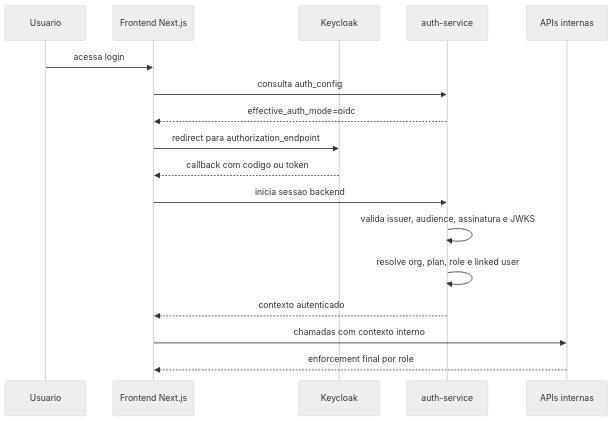
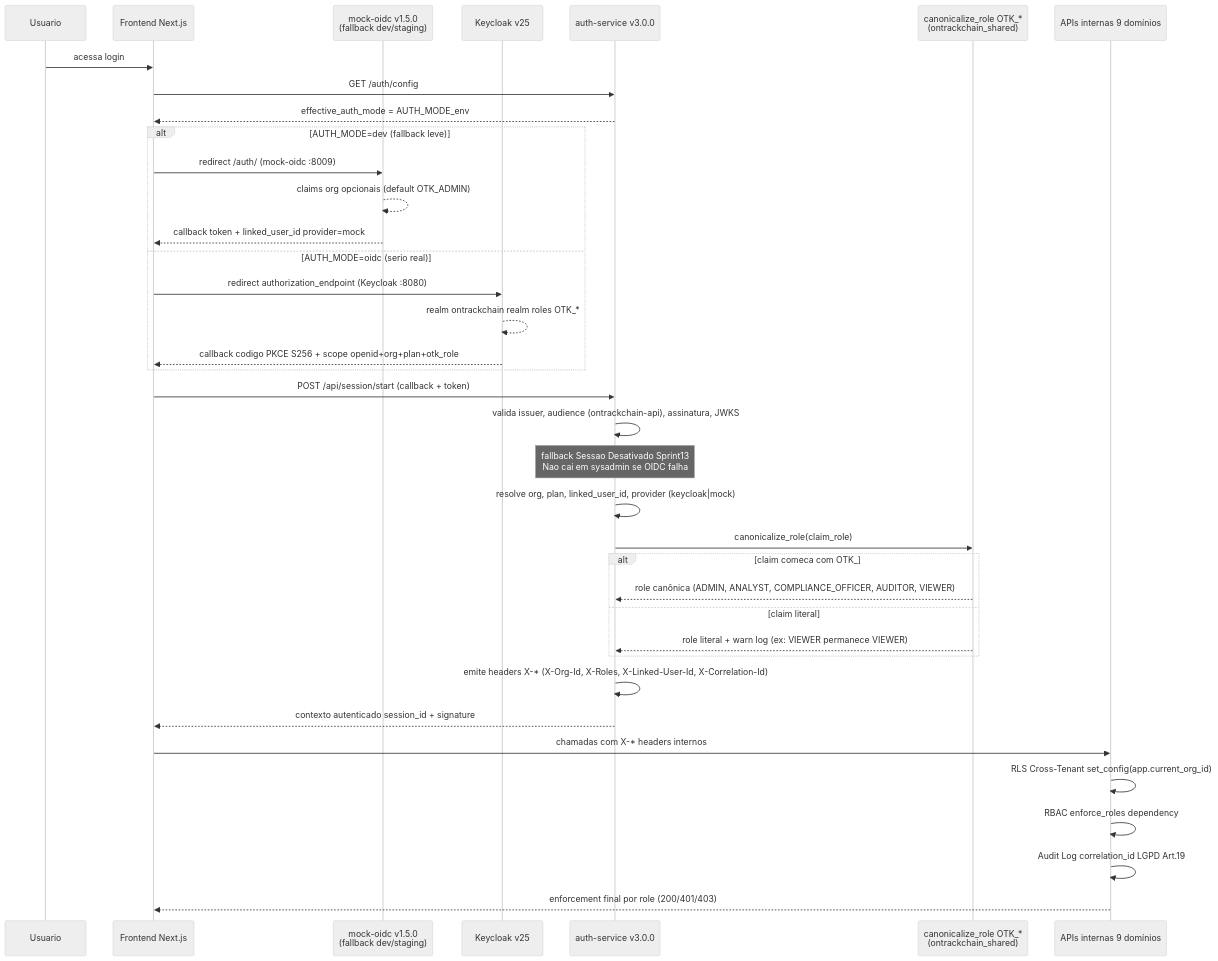
The diagram in ontrackchain/docs/keycloak-oidc-template.md (Jistriane/Ontrackchain), drawn with Mermaid (neutral theme) before and after one commit. The commit also changed 4 other files, not shown here.

````diff
--- a/ontrackchain/docs/keycloak-oidc-template.md
+++ b/ontrackchain/docs/keycloak-oidc-template.md
@@ -36,20 +36,40 @@
 ```mermaid
 sequenceDiagram
     participant U as Usuario
     participant F as Frontend Next.js
-    participant K as Keycloak
-    participant A as auth-service
-    participant APIs as APIs internas
+    participant MO as mock-oidc v1.5.0<br/>(fallback dev/staging)
+    participant K as Keycloak v25
+    participant A as auth-service v3.0.0
+    participant OTK as canonicalize_role OTK_*<br/>(ontrackchain_shared)
+    participant APIs as APIs internas 9 domínios
 
     U->>F: acessa login
-    F->>A: consulta auth_config
-    A-->>F: effective_auth_mode=oidc
-    F->>K: redirect para authorization_endpoint
-    K-->>F: callback com codigo ou token
-    F->>A: inicia sessao backend
-    A->>A: valida issuer, audience, assinatura e JWKS
-    A->>A: resolve org, plan, role e linked user
-    A-->>F: contexto autenticado
-    F->>APIs: chamadas com contexto interno
-    APIs-->>F: enforcement final por role
+    F->>A: GET /auth/config
+    A-->>F: effective_auth_mode = AUTH_MODE_env
+    alt AUTH_MODE=dev (fallback leve)
+      F->>MO: redirect /auth/ (mock-oidc :8009)
+      MO-->>MO: claims org opcionais (default OTK_ADMIN)
+      MO-->>F: callback token + linked_user_id provider=mock
+    else AUTH_MODE=oidc (serio real)
+      F->>K: redirect authorization_endpoint (Keycloak :8080)
+      K-->>K: realm ontrackchain realm roles OTK_*
+      K-->>F: callback codigo PKCE S256 + scope openid+org+plan+otk_role
+    end
+    F->>A: POST /api/session/start (callback + token)
+    A->>A: valida issuer, audience (ontrackchain-api), assinatura, JWKS
+    Note over A: fallback Sessao Desativado Sprint13<br/>Nao cai em sysadmin se OIDC falha
+    A->>A: resolve org, plan, linked_user_id, provider (keycloak|mock)
+    A->>OTK: canonicalize_role(claim_role)
+    alt claim comeca com OTK_
+      OTK-->>A: role canônica (ADMIN, ANALYST, COMPLIANCE_OFFICER, AUDITOR, VIEWER)
+    else claim literal
+      OTK-->>A: role literal + warn log (ex: VIEWER permanece VIEWER)
+    end
+    A->>A: emite headers X-* (X-Org-Id, X-Roles, X-Linked-User-Id, X-Correlation-Id)
+    A-->>F: contexto autenticado session_id + signature
+    F->>APIs: chamadas com X-* headers internos
+    APIs->>APIs: RLS Cross-Tenant set_config(app.current_org_id)
+    APIs->>APIs: RBAC enforce_roles dependency
+    APIs->>APIs: Audit Log correlation_id LGPD Art.19
+    APIs-->>F: enforcement final por role (200/401/403)
 ```
````
